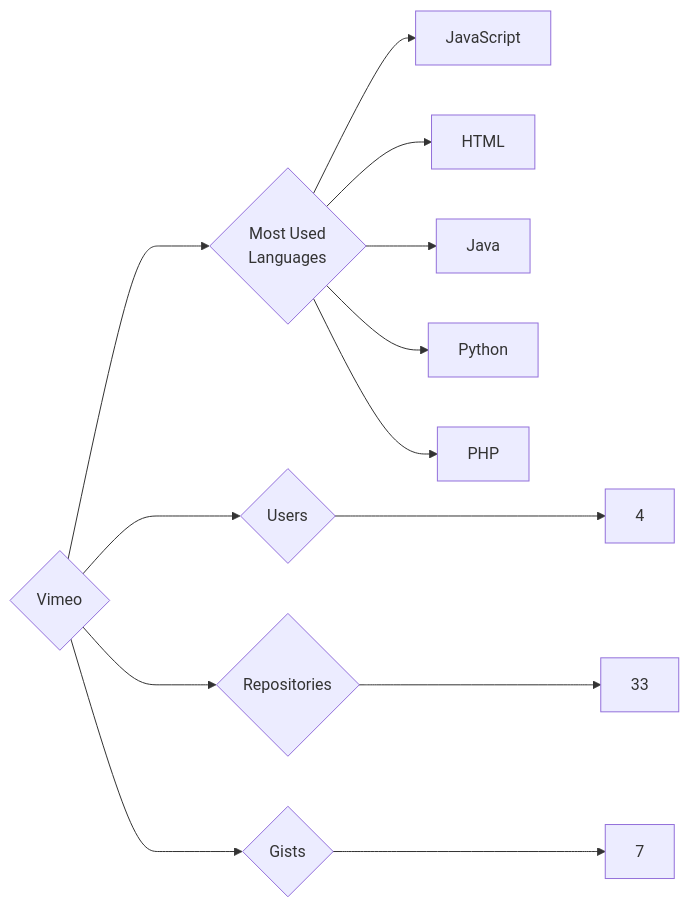
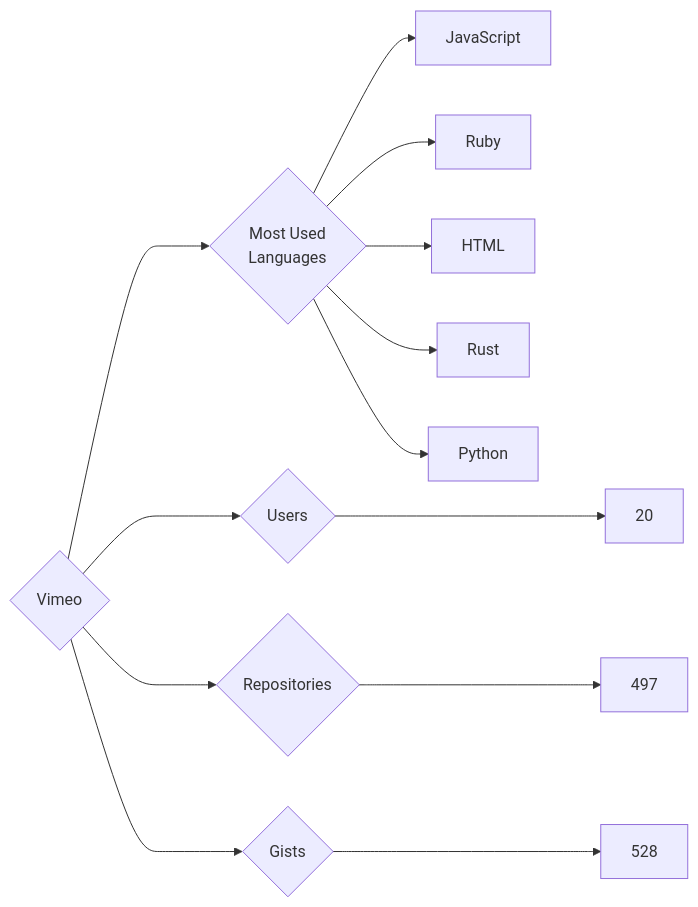
The diagram in targets/Vimeo/README.md (trickest/insiders), drawn with Mermaid before and after one commit. The commit also changed 877 other files, not shown here.

````diff
--- a/targets/Vimeo/README.md
+++ b/targets/Vimeo/README.md
@@ -3,13 +3,13 @@
 ```mermaid
 graph LR
 COMPANY_NAME{Vimeo}
-COMPANY_NAME ---> U{Users} ---> UN[4]
-COMPANY_NAME ---> R{Repositories} ---> RN[33]
-COMPANY_NAME ---> G{Gists} ---> GN[7]
+COMPANY_NAME ---> U{Users} ---> UN[20]
+COMPANY_NAME ---> R{Repositories} ---> RN[497]
+COMPANY_NAME ---> G{Gists} ---> GN[528]
 COMPANY_NAME ---> ML{Most Used<br>Languages}
 ML --> JavaScript[JavaScript]
+ML --> Ruby[Ruby]
 ML --> HTML[HTML]
-ML --> Java[Java]
+ML --> Rust[Rust]
 ML --> Python[Python]
-ML --> PHP[PHP]
 ```
````
